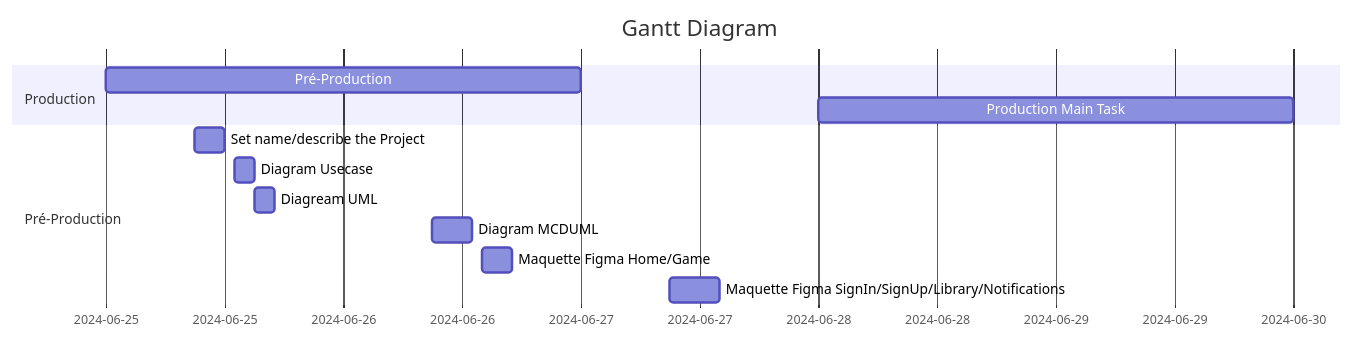
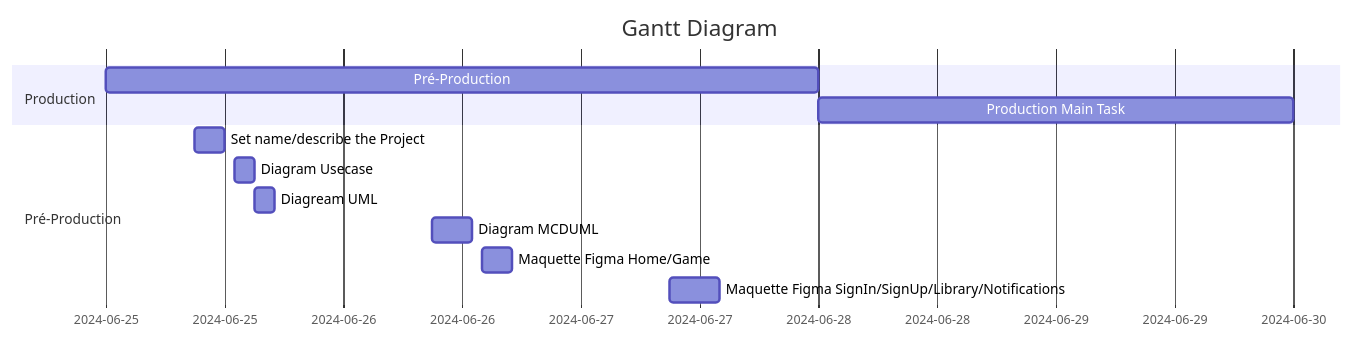
The first of 3 diagrams in README.md (JameS-Gmz/api-Rest), drawn with Mermaid before and after one commit.

````diff
--- a/README.md
+++ b/README.md
@@ -48,15 +48,15 @@
 ```mermaid
 gantt
     title Gantt Diagram
     dateFormat YYYY-MM-DD
     section Production
-        Pré-Production   :a1, 2024-06-25, 2d
+        Pré-Production   :a1, 2024-06-25, 3d
         Production Main Task : 2024-06-28, 2d
     section Pré-Production
         Set name/describe the Project :2024-06-25 9:00, 3h
         Diagram Usecase  : 2024-06-25 13:00, 2h
         Diagream UML : 2024-06-25 15:00, 2h
         Diagram MCDUML : 2024-06-26 9:00, 4h
         Maquette Figma Home/Game : 2024-06-26 14:00, 3h
         Maquette Figma SignIn/SignUp/Library/Notifications : 2024-06-27 9:00, 5h
 ```
````
